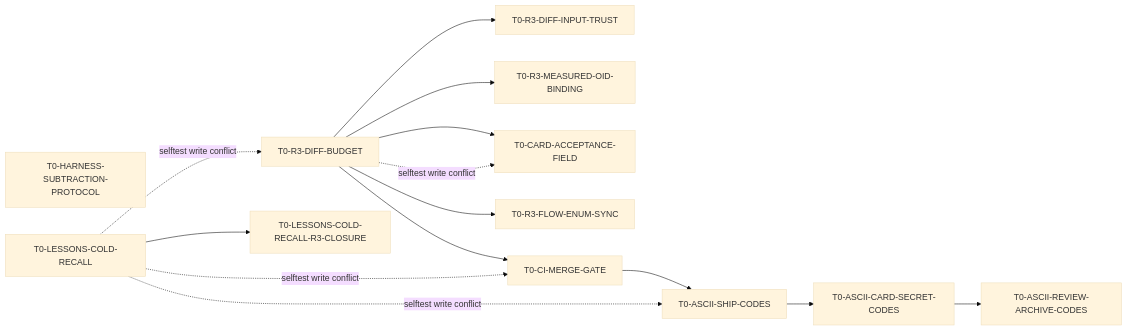
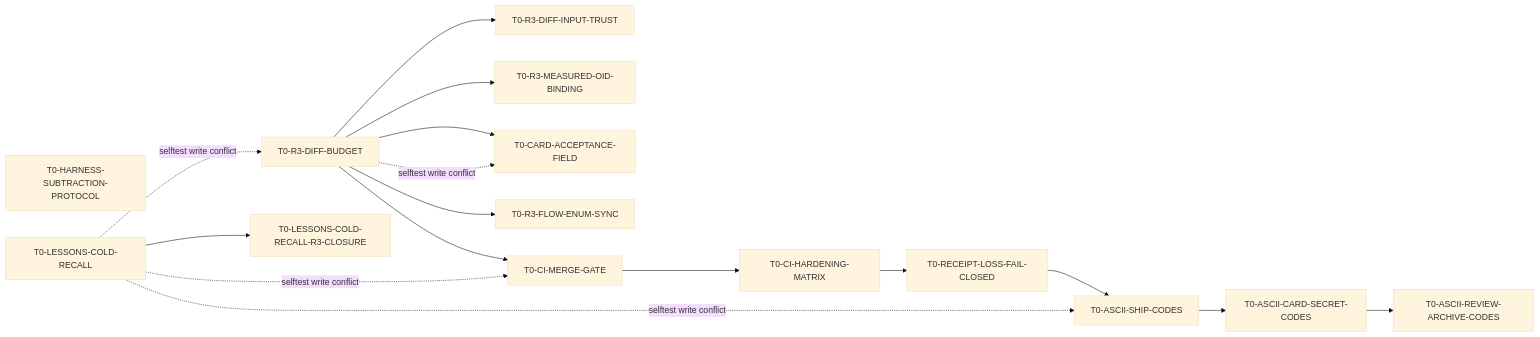
The diagram in docs/TASK-BOARD.md (Asun28/MyInspection), drawn with Mermaid (base theme) before and after one commit. The commit also changed other lines of this file and 5 other files, not shown here.

````diff
--- a/docs/TASK-BOARD.md
+++ b/docs/TASK-BOARD.md
@@ -163,18 +165,20 @@
 ```mermaid
 flowchart LR
   A[T0-R3-DIFF-BUDGET] --> A2[T0-R3-DIFF-INPUT-TRUST]
   A --> A3[T0-R3-MEASURED-OID-BINDING]
   A --> A4[T0-CARD-ACCEPTANCE-FIELD]
   A --> A5[T0-R3-FLOW-ENUM-SYNC]
   A --> B[T0-CI-MERGE-GATE]
-  B --> E[T0-ASCII-SHIP-CODES]
+  B --> B2[T0-CI-HARDENING-MATRIX]
+  B2 --> B3[T0-RECEIPT-LOSS-FAIL-CLOSED]
+  B3 --> E[T0-ASCII-SHIP-CODES]
   E --> F[T0-ASCII-CARD-SECRET-CODES]
   F --> G[T0-ASCII-REVIEW-ARCHIVE-CODES]
   C[T0-HARNESS-SUBTRACTION-PROTOCOL]
   D[T0-LESSONS-COLD-RECALL]
   D --> H[T0-LESSONS-COLD-RECALL-R3-CLOSURE]
   A -.->|selftest write conflict| A4
   D -.->|selftest write conflict| A
   D -.->|selftest write conflict| B
   D -.->|selftest write conflict| E
 ```
````
